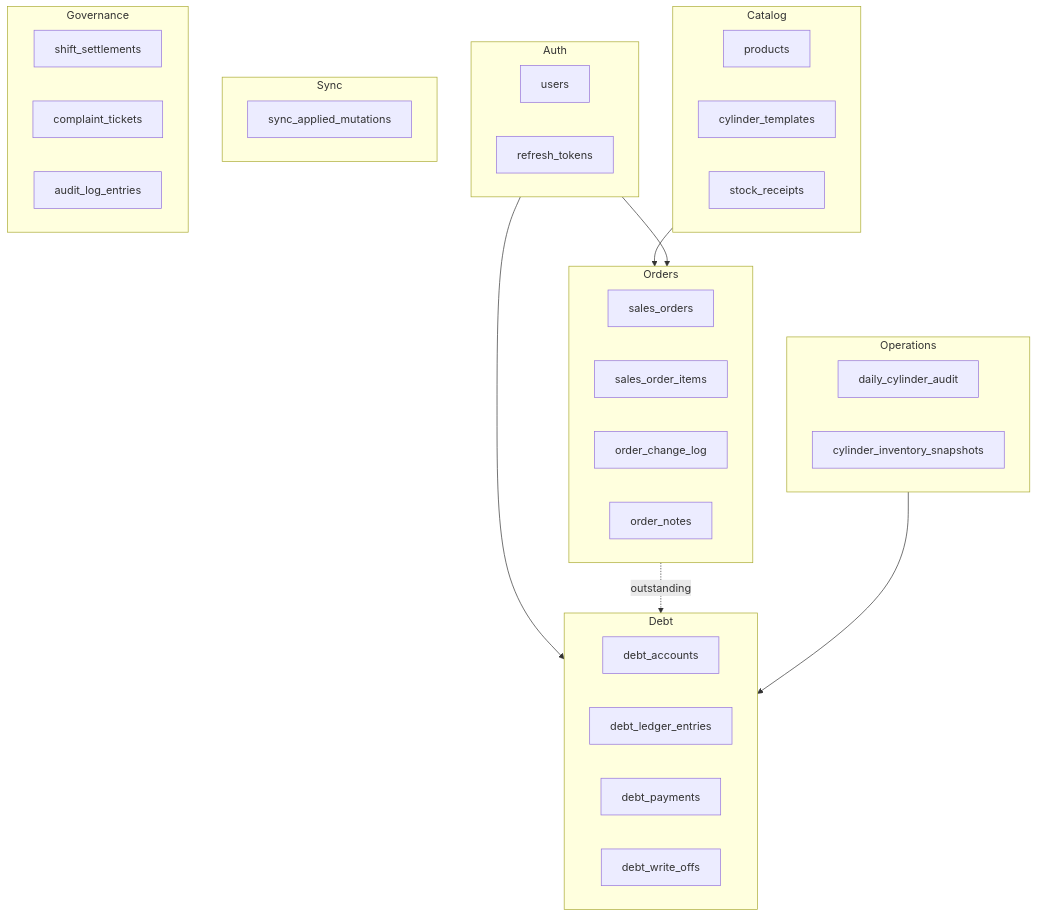
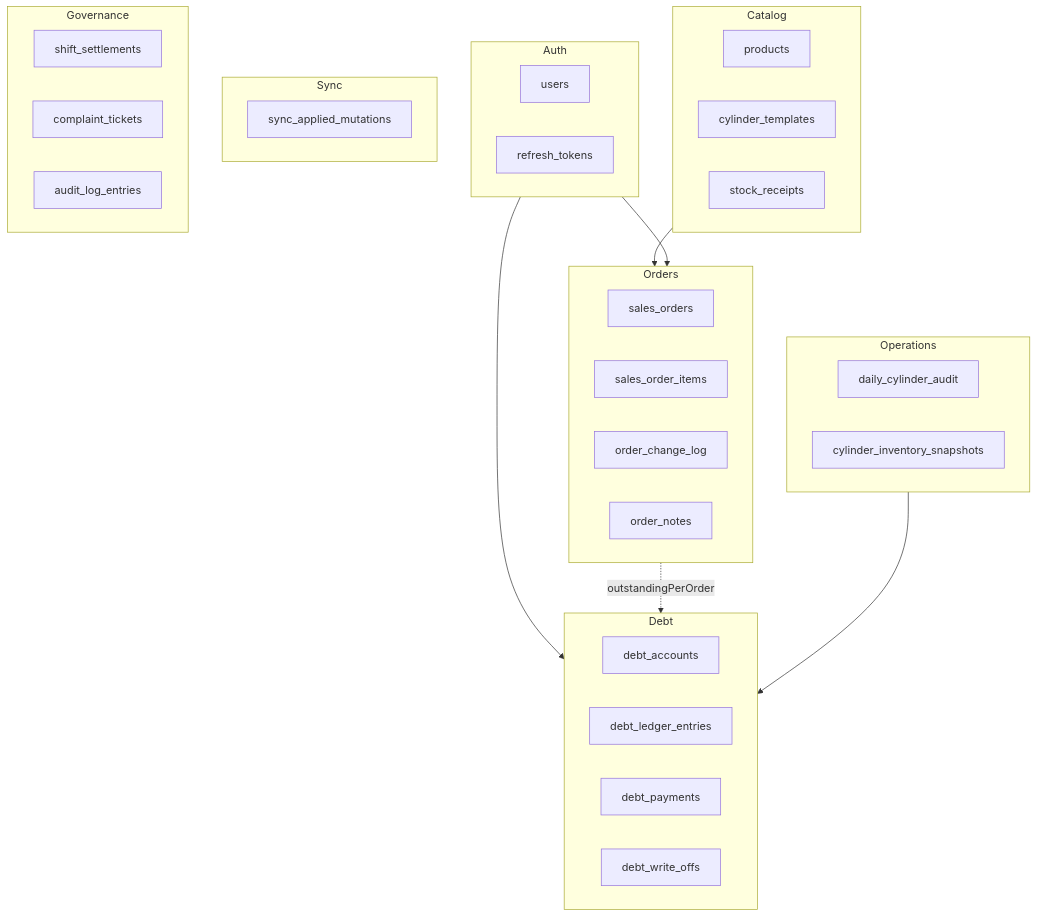
One commit to MidoriyaHero/gas-store-app changed the diagram in docs/database/overview.md. Above: the diagram before and after it, drawn with Mermaid. The commit also changed 25 other files, not shown here.

Commit message:
Sync product docs with current API, per-order debt, and Windows deploy.

````diff
--- a/docs/database/overview.md
+++ b/docs/database/overview.md
@@ -16,41 +16,41 @@
 ```mermaid
 flowchart TB
   subgraph catalog [Catalog]
     products
     cylinder_templates
     stock_receipts
   end
   subgraph orders [Orders]
     sales_orders
     sales_order_items
     order_change_log
     order_notes
   end
   subgraph auth [Auth]
     users
     refresh_tokens
   end
   subgraph debt [Debt]
     debt_accounts
     debt_ledger_entries
     debt_payments
     debt_write_offs
   end
   subgraph ops [Operations]
     daily_cylinder_audit
     cylinder_inventory_snapshots
   end
   subgraph sync [Sync]
     sync_applied_mutations
   end
   subgraph gov [Governance]
     shift_settlements
     complaint_tickets
     audit_log_entries
   end
   catalog --> orders
   auth --> orders
   auth --> debt
-  orders -.->|outstanding| debt
+  orders -.->|outstandingPerOrder| debt
   ops --> debt
 ```
````
